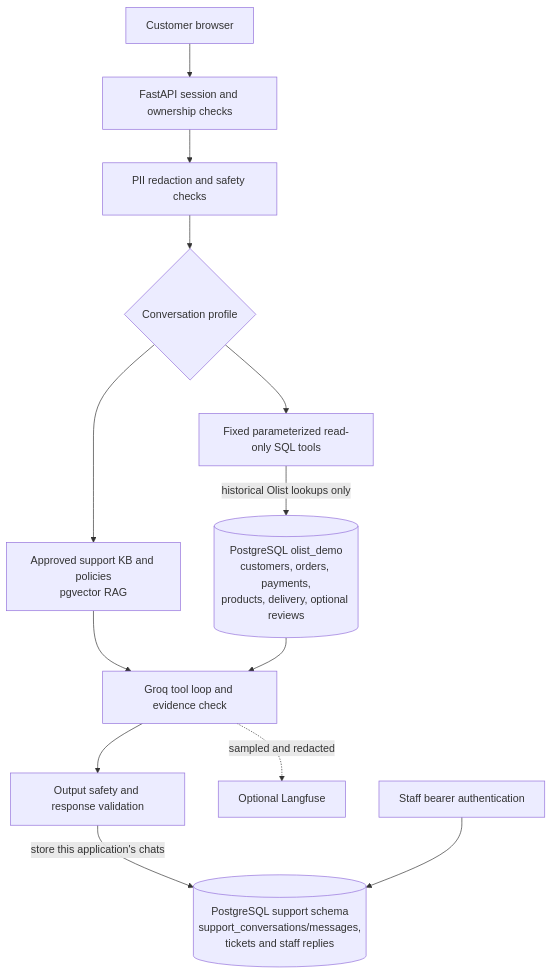
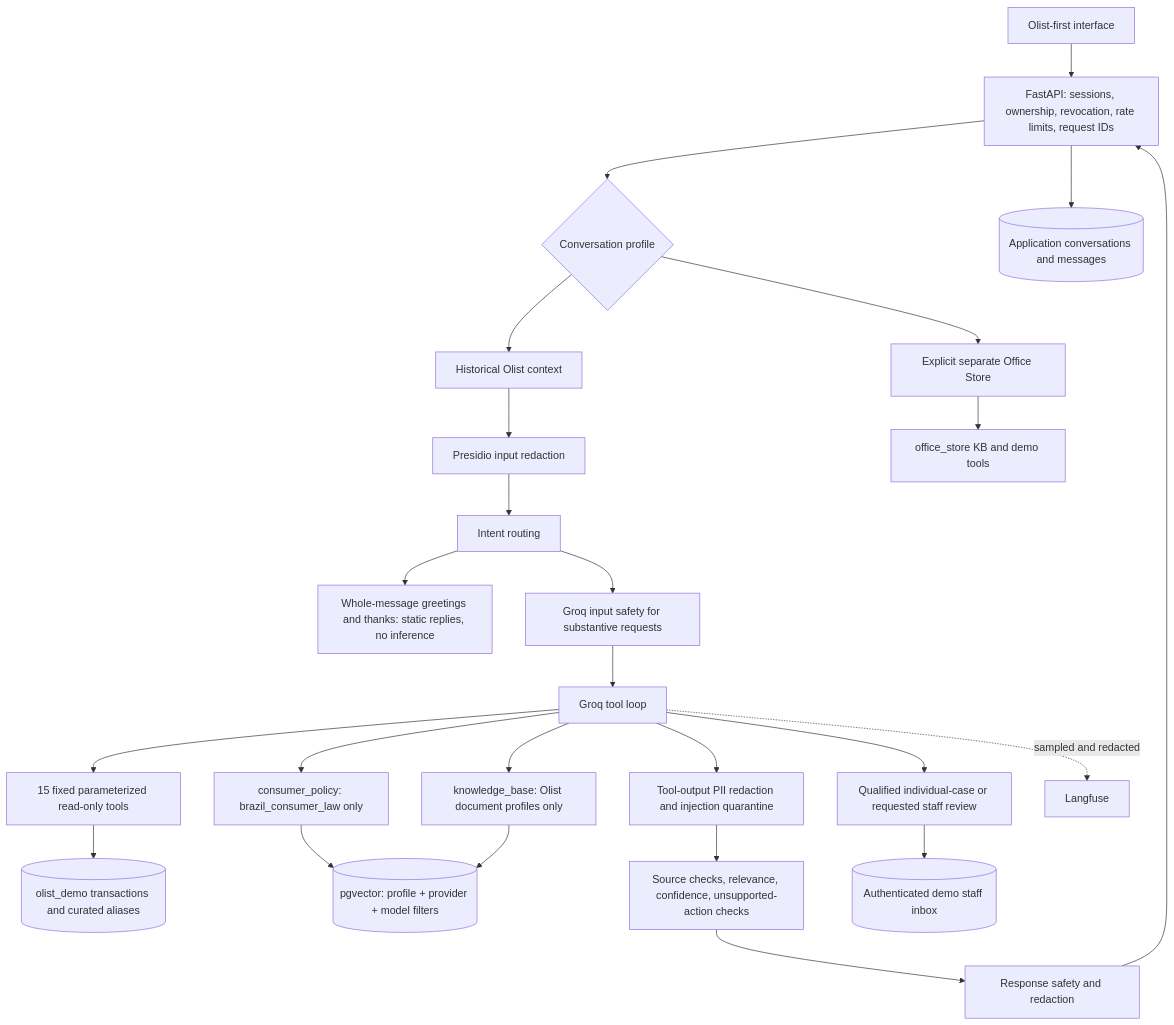
Before and after one commit to Bibek1008/Customer-Support-Agent: the diagram in docs/ARCHITECTURE.md, drawn with Mermaid. The commit also changed other lines of this file and 40 other files, not shown here.

Commit message:
feat: add Olist-powered support assistant

````diff
--- a/docs/ARCHITECTURE.md
+++ b/docs/ARCHITECTURE.md
@@ -30,15 +6,27 @@
 ```mermaid
-flowchart TD
-  U[Customer browser] --> F[FastAPI session and ownership checks]
-  F --> P[PII redaction and safety checks]
-  P --> R{Conversation profile}
-  R --> K[Approved support KB and policies<br/>pgvector RAG]
-  R --> T[Fixed parameterized read-only SQL tools]
-  K --> A[Groq tool loop and evidence check]
-  T -->|historical Olist lookups only| OD[(PostgreSQL olist_demo<br/>customers, orders, payments,<br/>products, delivery, optional reviews)]
-  OD --> A
-  A --> G[Output safety and response validation]
-  G -->|store this application's chats| SD[(PostgreSQL support schema<br/>support_conversations/messages,<br/>tickets and staff replies)]
-  A -. sampled and redacted .-> L[Optional Langfuse]
-  S[Staff bearer authentication] --> SD
+flowchart TB
+  UI[Olist-first interface] --> API[FastAPI: sessions, ownership, revocation, rate limits, request IDs]
+  API --> Context{Conversation profile}
+  Context --> Olist[Historical Olist context]
+  Context --> Office[Explicit separate Office Store]
+  Olist --> Redact[Presidio input redaction]
+  Redact --> Route[Intent routing]
+  Route --> Social[Whole-message greetings and thanks: static replies, no inference]
+  Route --> Safety[Groq input safety for substantive requests]
+  Safety --> Agent[Groq tool loop]
+  Agent --> SQL[15 fixed parameterized read-only tools]
+  SQL --> DB[(olist_demo transactions and curated aliases)]
+  Agent --> Law[consumer_policy: brazil_consumer_law only]
+  Agent --> Docs[knowledge_base: Olist document profiles only]
+  Law --> Vector[(pgvector: profile + provider + model filters)]
+  Docs --> Vector
+  Office --> Fiction[office_store KB and demo tools]
+  Agent --> Q[Tool-output PII redaction and injection quarantine]
+  Q --> Evidence[Source checks, relevance, confidence, unsupported-action checks]
+  Evidence --> Out[Response safety and redaction]
+  Out --> API
+  Agent --> Review[Qualified individual-case or requested staff review]
+  Review --> Inbox[(Authenticated demo staff inbox)]
+  API --> History[(Application conversations and messages)]
+  Agent -. sampled and redacted .-> LF[Langfuse]
 ```
````
